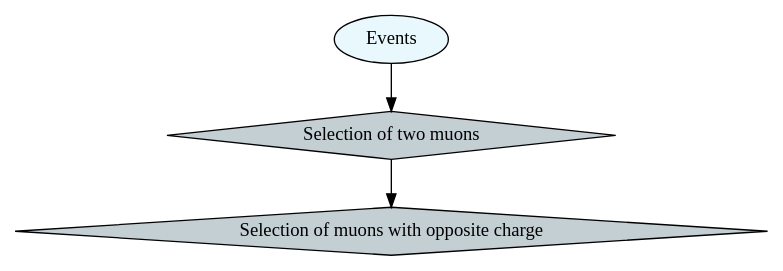
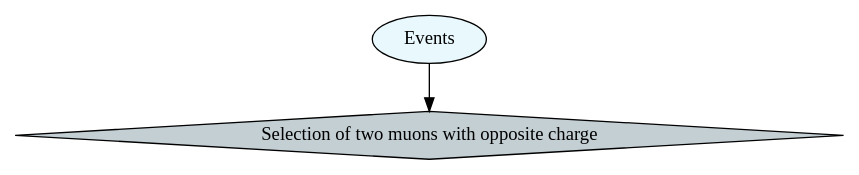
Before and after one commit to Mara-185/dimuon_invm: the diagram in dimuon_invm/rdf_mu.dot, drawn with Graphviz. The commit also changed 267 other files, not shown here.

```diff
--- a/dimuon_invm/rdf_mu.dot
+++ b/dimuon_invm/rdf_mu.dot
@@ -1,7 +1,5 @@
 digraph {
-	3 [label="Selection of muons with opposite charge", style="filled", fillcolor="#c4cfd4", shape="diamond"];
-	2 [label="Selection of two muons", style="filled", fillcolor="#c4cfd4", shape="diamond"];
+	2 [label="Selection of two muons with opposite charge", style="filled", fillcolor="#c4cfd4", shape="diamond"];
 	0 [label="Events", style="filled", fillcolor="#e8f8fc", shape="oval"];
-	2 -> 3;
 	0 -> 2;
 }
```
